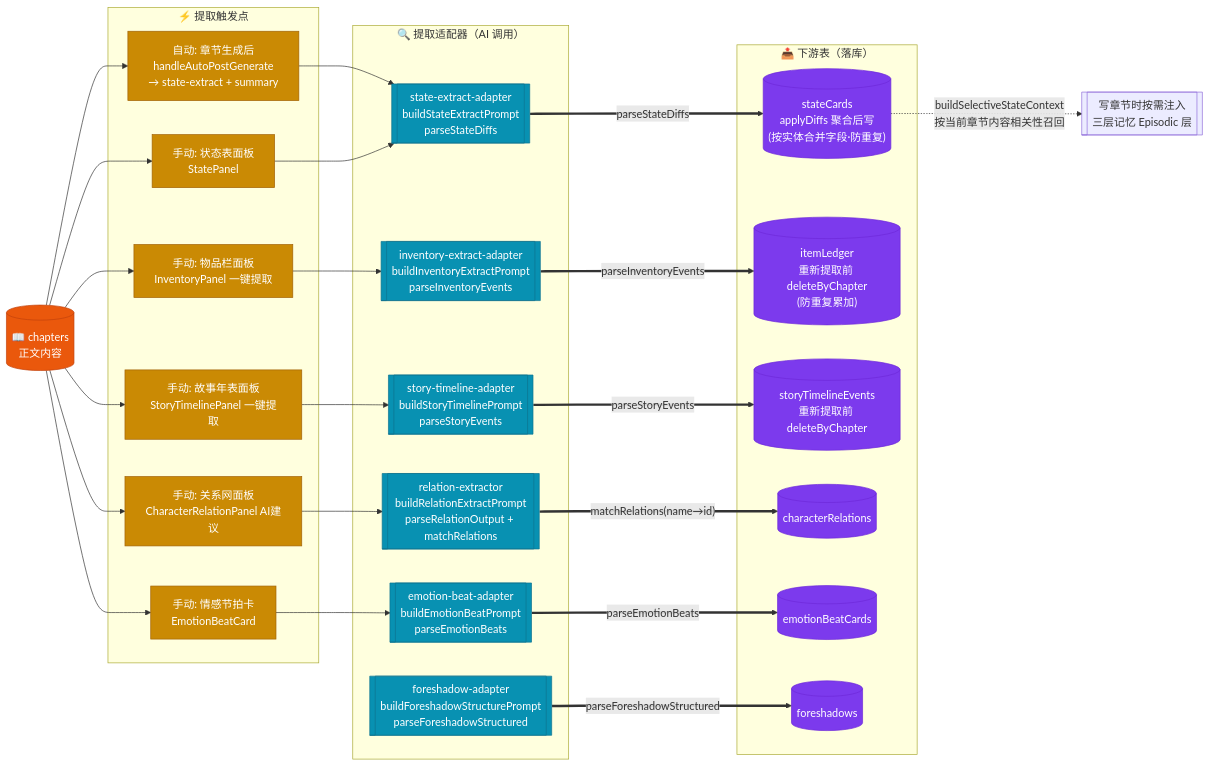
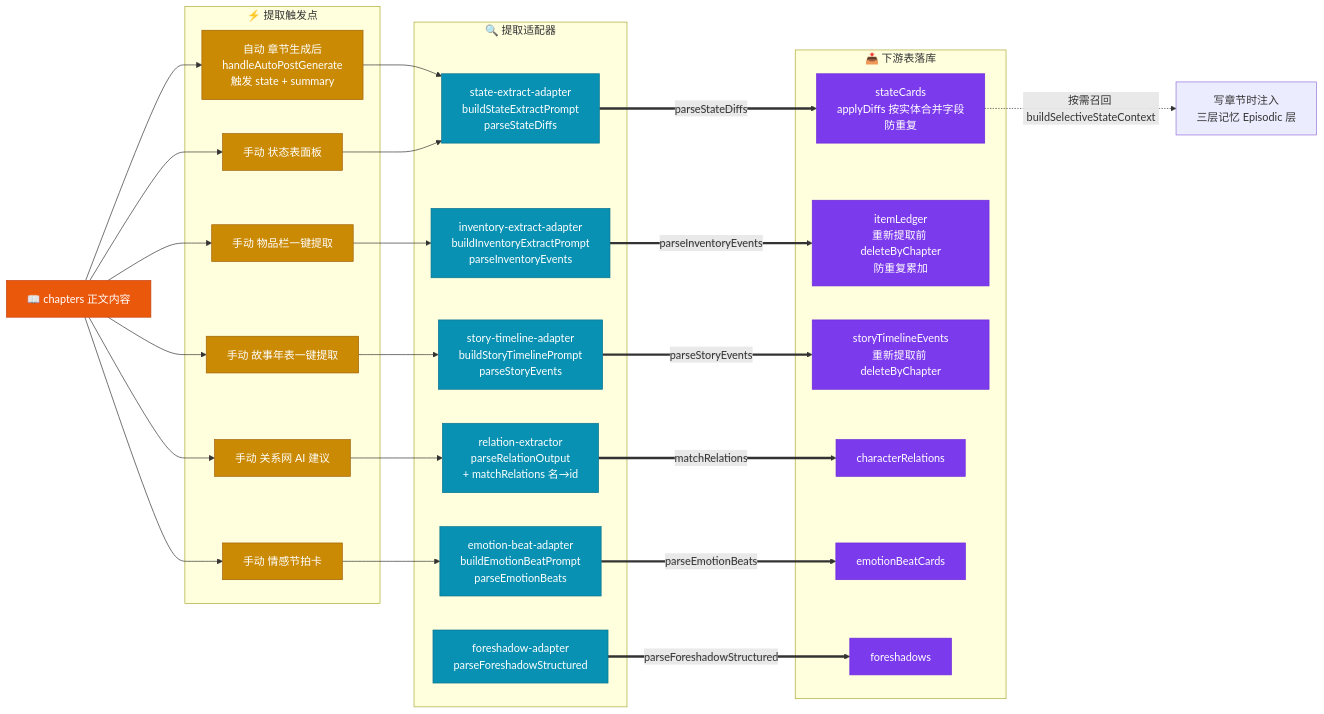
The fourth of 15 diagrams in docs/DATA-FLOW-DIAGRAM.md (yuanbw2025/my-website), drawn with Mermaid before and after one commit. The commit also changed other lines of this file, not shown here.

````diff
--- a/docs/DATA-FLOW-DIAGRAM.md
+++ b/docs/DATA-FLOW-DIAGRAM.md
@@ -490,65 +440,63 @@
 ```mermaid
 flowchart LR
-    CHAPTERS[("📖 chapters<br/>正文内容")]
+    CHAPTERS["📖 chapters 正文内容"]
 
-    subgraph EXTRACT["🔍 提取适配器（AI 调用）"]
-        SEX[["state-extract-adapter<br/>buildStateExtractPrompt<br/>parseStateDiffs"]]
-        IEX[["inventory-extract-adapter<br/>buildInventoryExtractPrompt<br/>parseInventoryEvents"]]
-        TEX[["story-timeline-adapter<br/>buildStoryTimelinePrompt<br/>parseStoryEvents"]]
-        REX[["relation-extractor<br/>buildRelationExtractPrompt<br/>parseRelationOutput + matchRelations"]]
-        EBA[["emotion-beat-adapter<br/>buildEmotionBeatPrompt<br/>parseEmotionBeats"]]
-        FCO[["foreshadow-adapter<br/>buildForeshadowStructurePrompt<br/>parseForeshadowStructured"]]
+    subgraph EXTRACT["🔍 提取适配器"]
+        SEX["state-extract-adapter<br/>buildStateExtractPrompt<br/>parseStateDiffs"]
+        IEX["inventory-extract-adapter<br/>buildInventoryExtractPrompt<br/>parseInventoryEvents"]
+        TEX["story-timeline-adapter<br/>buildStoryTimelinePrompt<br/>parseStoryEvents"]
+        REX["relation-extractor<br/>parseRelationOutput<br/>+ matchRelations 名→id"]
+        EBA["emotion-beat-adapter<br/>buildEmotionBeatPrompt<br/>parseEmotionBeats"]
+        FCO["foreshadow-adapter<br/>parseForeshadowStructured"]
     end
 
     subgraph TRIG["⚡ 提取触发点"]
-        AUTO[自动: 章节生成后<br/>handleAutoPostGenerate<br/>→ state-extract + summary]
-        MANU_S[手动: 状态表面板<br/>StatePanel]
-        MANU_I[手动: 物品栏面板<br/>InventoryPanel 一键提取]
-        MANU_T[手动: 故事年表面板<br/>StoryTimelinePanel 一键提取]
-        MANU_R[手动: 关系网面板<br/>CharacterRelationPanel AI建议]
-        MANU_E[手动: 情感节拍卡<br/>EmotionBeatCard]
+        AUTO["自动 章节生成后<br/>handleAutoPostGenerate<br/>触发 state + summary"]
+        MANU_S["手动 状态表面板"]
+        MANU_I["手动 物品栏一键提取"]
+        MANU_T["手动 故事年表一键提取"]
+        MANU_R["手动 关系网 AI 建议"]
+        MANU_E["手动 情感节拍卡"]
     end
 
-    subgraph DTABLES["📤 下游表（落库）"]
-        ST[("stateCards<br/>applyDiffs 聚合后写<br/>(按实体合并字段·防重复)")]
-        IL[("itemLedger<br/>重新提取前 deleteByChapter<br/>(防重复累加)")]
-        ST_T[("storyTimelineEvents<br/>重新提取前 deleteByChapter")]
-        CR[("characterRelations")]
-        EB[("emotionBeatCards")]
-        FO[("foreshadows")]
+    subgraph DTABLES["📤 下游表落库"]
+        ST["stateCards<br/>applyDiffs 按实体合并字段<br/>防重复"]
+        IL["itemLedger<br/>重新提取前 deleteByChapter<br/>防重复累加"]
+        ST_T["storyTimelineEvents<br/>重新提取前 deleteByChapter"]
+        CR["characterRelations"]
+        EB["emotionBeatCards"]
+        FO["foreshadows"]
     end
 
     CHAPTERS --> AUTO
     CHAPTERS --> MANU_S
     CHAPTERS --> MANU_I
     CHAPTERS --> MANU_T
     CHAPTERS --> MANU_R
     CHAPTERS --> MANU_E
 
     AUTO --> SEX
     MANU_S --> SEX
     MANU_I --> IEX
     MANU_T --> TEX
     MANU_R --> REX
     MANU_E --> EBA
 
     SEX ==parseStateDiffs==> ST
     IEX ==parseInventoryEvents==> IL
     TEX ==parseStoryEvents==> ST_T
-    REX ==matchRelations(name→id)==> CR
+    REX ==matchRelations==> CR
     EBA ==parseEmotionBeats==> EB
     FCO ==parseForeshadowStructured==> FO
 
-    %% 反哺写作（按需召回）
-    ST -.buildSelectiveStateContext<br/>按当前章节内容相关性召回.-> RECALL[["写章节时按需注入<br/>三层记忆 Episodic 层"]]
+    ST -.按需召回 buildSelectiveStateContext.-> RECALL["写章节时注入<br/>三层记忆 Episodic 层"]
 
     classDef table fill:#7c3aed,stroke:#6d28d9,color:#fff;
     classDef adp fill:#0891b2,stroke:#0e7490,color:#fff;
     classDef trig fill:#ca8a04,stroke:#a16207,color:#fff;
     classDef src fill:#ea580c,stroke:#c2410c,color:#fff;
-
     class ST,IL,ST_T,CR,EB,FO table
     class SEX,IEX,TEX,REX,EBA,FCO adp
     class AUTO,MANU_S,MANU_I,MANU_T,MANU_R,MANU_E trig
     class CHAPTERS src
 ```
````
